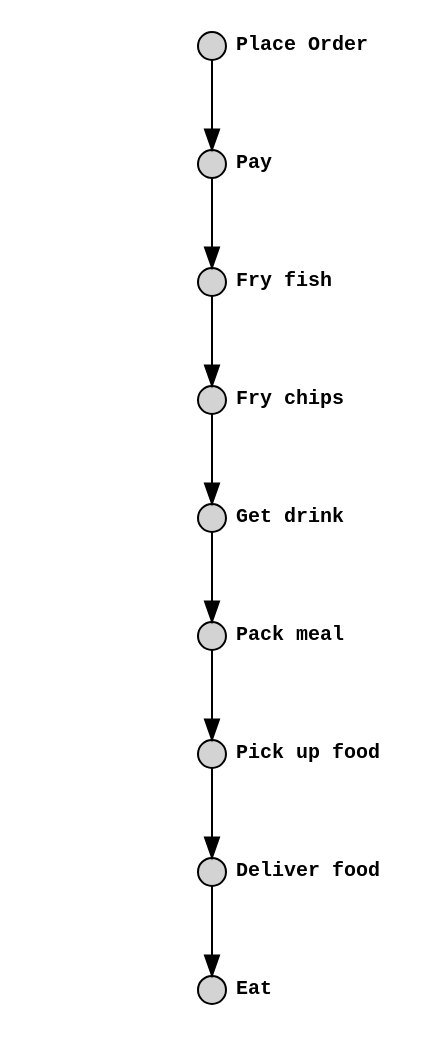
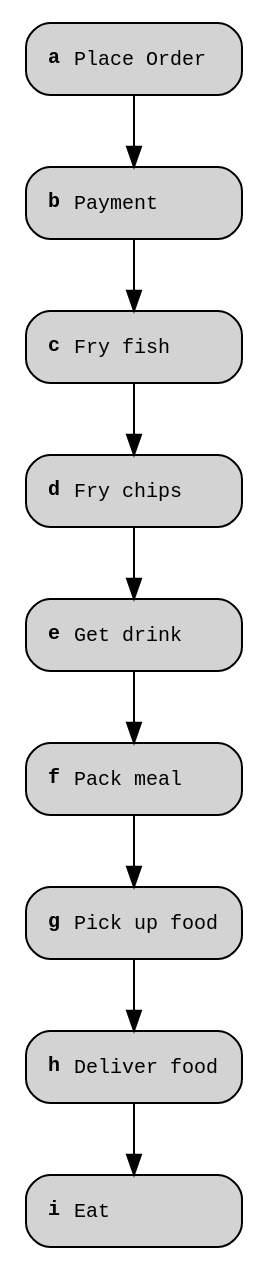
One commit to azriel91/ops_ux changed the diagram in src/workflow_example.md. Above: the diagram before and after it, drawn with Graphviz.

Commit message:
Use two cells to represent node label.

```diff
--- a/src/workflow_example.md
+++ b/src/workflow_example.md
@@ -10,63 +10,90 @@
         fontname  = "Monospace"
         fontsize  = 10
         fixedsize = shape
-        width     = 0.2
-        shape     = circle
+        width     = 1.5
+        shape     = rectangle
         style     = "rounded, filled"
     ]
 
     a [
         label = <
             <table border="0" cellborder="0" cellspacing="0">
-            <tr><td align="left"><b>&nbsp;&nbsp;&nbsp;&nbsp;&nbsp;&nbsp;&nbsp;&nbsp;&nbsp;&nbsp;&nbsp;&nbsp;&nbsp;&nbsp;&nbsp;&nbsp;Place Order&nbsp;</b></td></tr>
+            <tr>
+                <td align="center" width="15"><b>a</b></td>
+                <td align="left" balign="left" width="80">Place Order</td>
+            </tr>
             </table>
         >]
     b [
         label = <
             <table border="0" cellborder="0" cellspacing="0">
-            <tr><td align="left"><b>&nbsp;&nbsp;&nbsp;&nbsp;&nbsp;&nbsp;&nbsp;&nbsp;&nbsp;&nbsp;&nbsp;&nbsp;&nbsp;&nbsp;&nbsp;&nbsp;Pay&nbsp;&nbsp;&nbsp;&nbsp;&nbsp;&nbsp;&nbsp;&nbsp;&nbsp;</b></td></tr>
+            <tr>
+                <td align="center" width="15"><b>b</b></td>
+                <td align="left" balign="left" width="80">Payment</td>
+            </tr>
             </table>
         >]
     c [
         label = <
             <table border="0" cellborder="0" cellspacing="0">
-            <tr><td align="left"><b>&nbsp;&nbsp;&nbsp;&nbsp;&nbsp;&nbsp;&nbsp;&nbsp;&nbsp;&nbsp;&nbsp;&nbsp;&nbsp;&nbsp;&nbsp;&nbsp;Fry fish&nbsp;&nbsp;&nbsp;&nbsp;</b></td></tr>
+            <tr>
+                <td align="center" width="15"><b>c</b></td>
+                <td align="left" balign="left" width="80">Fry fish</td>
+            </tr>
             </table>
         >]
     d [
         label = <
             <table border="0" cellborder="0" cellspacing="0">
-            <tr><td align="left"><b>&nbsp;&nbsp;&nbsp;&nbsp;&nbsp;&nbsp;&nbsp;&nbsp;&nbsp;&nbsp;&nbsp;&nbsp;&nbsp;&nbsp;&nbsp;&nbsp;Fry chips&nbsp;&nbsp;&nbsp;</b></td></tr>
+            <tr>
+                <td align="center" width="15"><b>d</b></td>
+                <td align="left" balign="left" width="80">Fry chips</td>
+            </tr>
             </table>
         >]
     e [
         label = <
             <table border="0" cellborder="0" cellspacing="0">
-            <tr><td align="left"><b>&nbsp;&nbsp;&nbsp;&nbsp;&nbsp;&nbsp;&nbsp;&nbsp;&nbsp;&nbsp;&nbsp;&nbsp;&nbsp;&nbsp;&nbsp;&nbsp;Get drink&nbsp;&nbsp;&nbsp;</b></td></tr>
+            <tr>
+                <td align="center" width="15"><b>e</b></td>
+                <td align="left" balign="left" width="80">Get drink</td>
+            </tr>
             </table>
         >]
     f [
         label = <
             <table border="0" cellborder="0" cellspacing="0">
-            <tr><td align="left"><b>&nbsp;&nbsp;&nbsp;&nbsp;&nbsp;&nbsp;&nbsp;&nbsp;&nbsp;&nbsp;&nbsp;&nbsp;&nbsp;&nbsp;&nbsp;&nbsp;Pack meal&nbsp;&nbsp;&nbsp;</b></td></tr>
+            <tr>
+                <td align="center" width="15"><b>f</b></td>
+                <td align="left" balign="left" width="80">Pack meal</td>
+            </tr>
             </table>
         >]
     g [
         label = <
             <table border="0" cellborder="0" cellspacing="0">
-            <tr><td align="left"><b>&nbsp;&nbsp;&nbsp;&nbsp;&nbsp;&nbsp;&nbsp;&nbsp;&nbsp;&nbsp;&nbsp;&nbsp;&nbsp;&nbsp;&nbsp;&nbsp;Pick up food</b></td></tr>
+            <tr>
+                <td align="center" width="15"><b>g</b></td>
+                <td align="left" balign="left" width="80">Pick up food</td>
+            </tr>
             </table>
         >]
     h [
         label = <
             <table border="0" cellborder="0" cellspacing="0">
-            <tr><td align="left"><b>&nbsp;&nbsp;&nbsp;&nbsp;&nbsp;&nbsp;&nbsp;&nbsp;&nbsp;&nbsp;&nbsp;&nbsp;&nbsp;&nbsp;&nbsp;&nbsp;Deliver food</b></td></tr>
+            <tr>
+                <td align="center" width="15"><b>h</b></td>
+                <td align="left" balign="left" width="80">Deliver food</td>
+            </tr>
             </table>
         >]
     i [
         label = <
             <table border="0" cellborder="0" cellspacing="0">
-            <tr><td align="left"><b>&nbsp;&nbsp;&nbsp;&nbsp;&nbsp;&nbsp;&nbsp;&nbsp;&nbsp;&nbsp;&nbsp;&nbsp;&nbsp;&nbsp;&nbsp;&nbsp;Eat&nbsp;&nbsp;&nbsp;&nbsp;&nbsp;&nbsp;&nbsp;&nbsp;&nbsp;</b></td></tr>
+            <tr>
+                <td align="center" width="15"><b>i</b></td>
+                <td align="left" balign="left" width="80">Eat</td>
+            </tr>
             </table>
         >]
 
```
